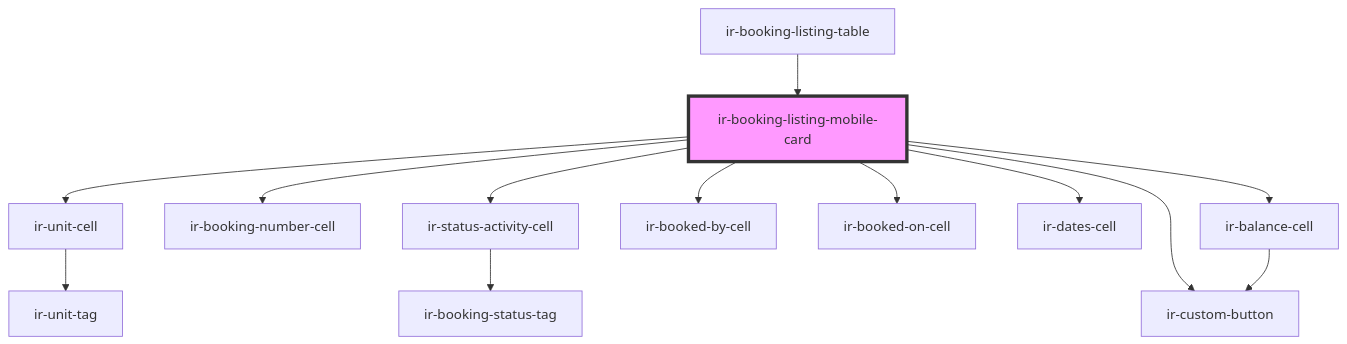
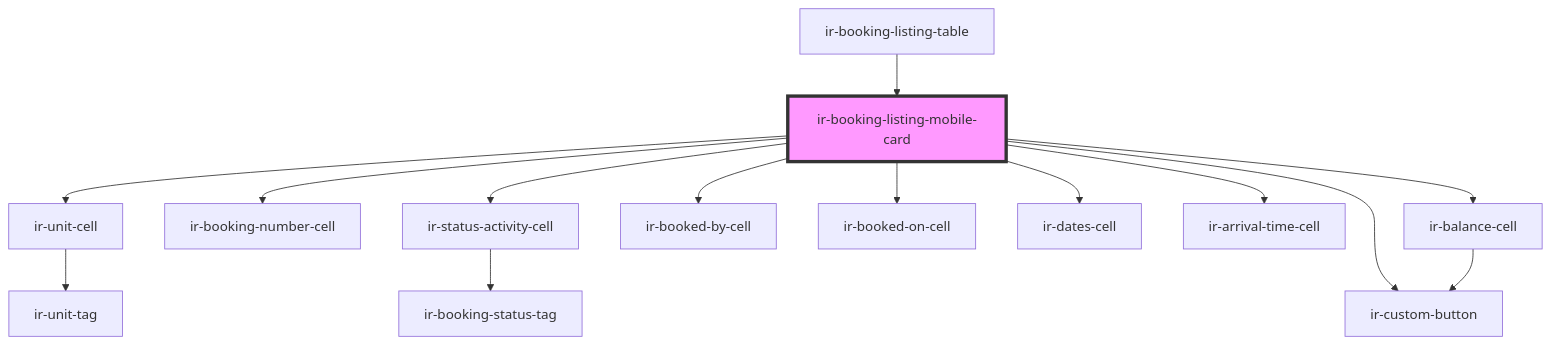
One commit to RonyRizk/ir-webcmp changed the diagram in src/components/ir-booking-listing/ir-booking-listing-mobile-card/readme.md. Above: the diagram before and after it, drawn with Mermaid. The commit also changed other lines of this file and 44 other files, not shown here.

````diff
--- a/src/components/ir-booking-listing/ir-booking-listing-mobile-card/readme.md
+++ b/src/components/ir-booking-listing/ir-booking-listing-mobile-card/readme.md
@@ -43,16 +44,17 @@
 ```mermaid
 graph TD;
   ir-booking-listing-mobile-card --> ir-unit-cell
   ir-booking-listing-mobile-card --> ir-booking-number-cell
   ir-booking-listing-mobile-card --> ir-status-activity-cell
   ir-booking-listing-mobile-card --> ir-booked-by-cell
   ir-booking-listing-mobile-card --> ir-booked-on-cell
   ir-booking-listing-mobile-card --> ir-dates-cell
+  ir-booking-listing-mobile-card --> ir-arrival-time-cell
   ir-booking-listing-mobile-card --> ir-balance-cell
   ir-booking-listing-mobile-card --> ir-custom-button
   ir-unit-cell --> ir-unit-tag
   ir-status-activity-cell --> ir-booking-status-tag
   ir-balance-cell --> ir-custom-button
   ir-booking-listing-table --> ir-booking-listing-mobile-card
   style ir-booking-listing-mobile-card fill:#f9f,stroke:#333,stroke-width:4px
 ```
````
